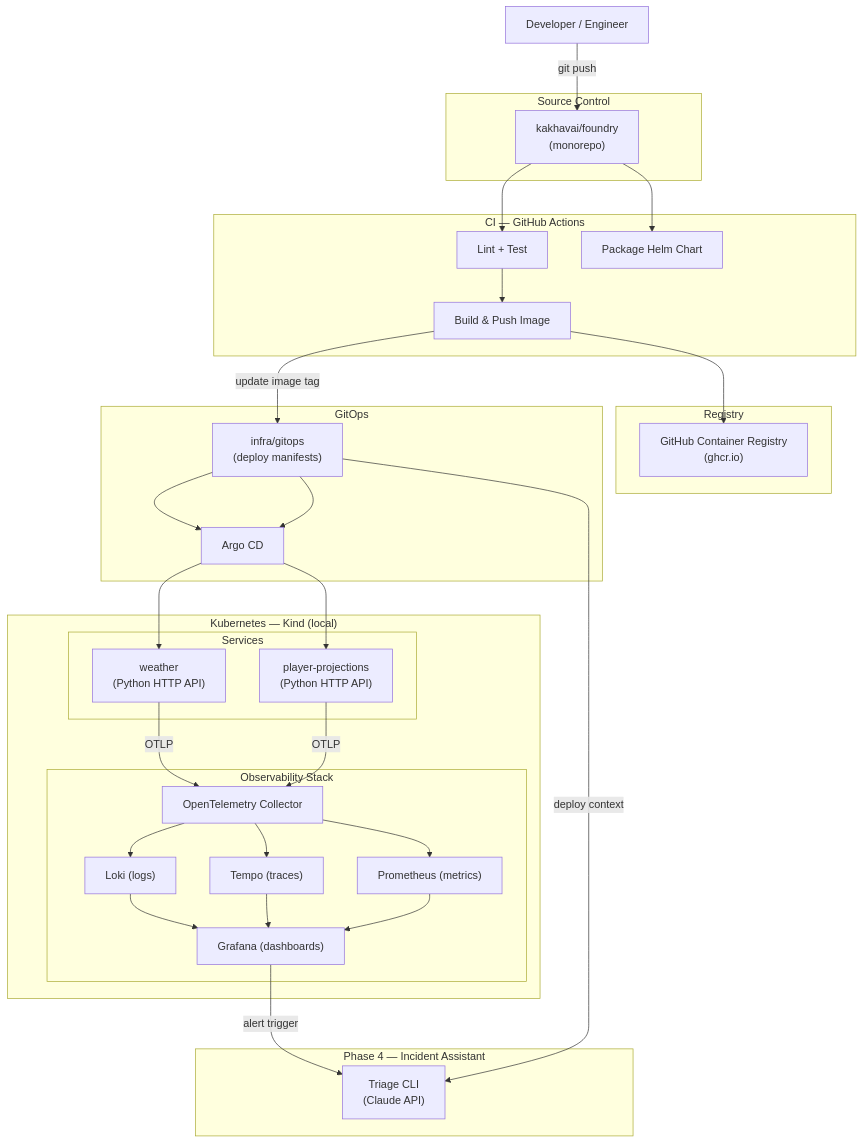
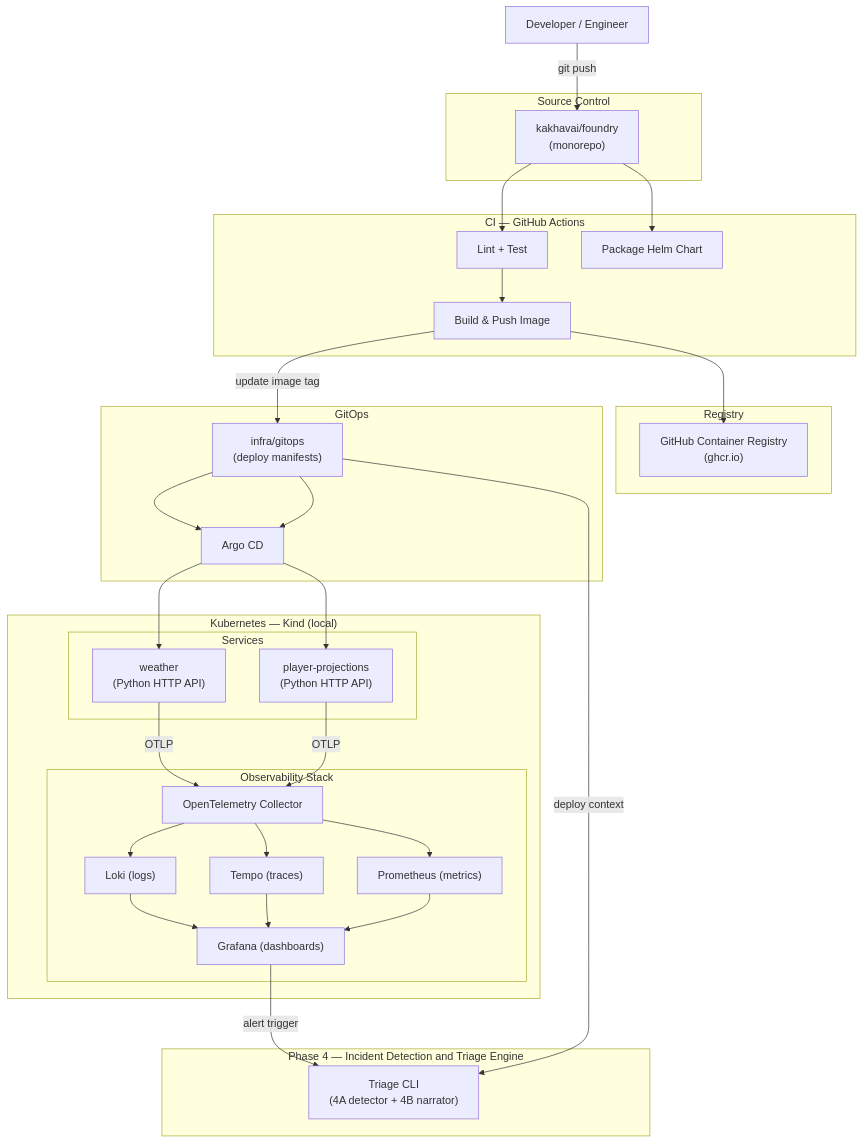
The diagram in docs/architecture/architecture-overview.md (kakhavai/foundry), drawn with Mermaid before and after one commit. The commit also changed other lines of this file and 6 other files, not shown here.

First line of the commit message:
docs: rewrite Phase 4 as Incident Detection and Triage Engine (4A/4B)

````diff
--- a/docs/architecture/architecture-overview.md
+++ b/docs/architecture/architecture-overview.md
@@ -9,60 +9,60 @@
 ```mermaid
 graph TD
     Dev["Developer / Engineer"]
 
     subgraph "Source Control"
         SvcRepo["kakhavai/foundry\n(monorepo)"]
     end
 
     subgraph "CI — GitHub Actions"
         Lint["Lint + Test"]
         Build["Build & Push Image"]
         HelmPkg["Package Helm Chart"]
     end
 
     subgraph "Registry"
         GHCR["GitHub Container Registry\n(ghcr.io)"]
     end
 
     subgraph "GitOps"
         GitOpsRepo["infra/gitops\n(deploy manifests)"]
         Argo["Argo CD"]
     end
 
     subgraph "Kubernetes — Kind (local)"
         subgraph "Services"
             Weather["weather\n(Python HTTP API)"]
             PlayerProjections["player-projections\n(Python HTTP API)"]
         end
         subgraph "Observability Stack"
             OTelCol["OpenTelemetry Collector"]
             Loki["Loki (logs)"]
             Tempo["Tempo (traces)"]
             Prom["Prometheus (metrics)"]
             Grafana["Grafana (dashboards)"]
         end
     end
 
-    subgraph "Phase 4 — Incident Assistant"
-        Assistant["Triage CLI\n(Claude API)"]
+    subgraph "Phase 4 — Incident Detection and Triage Engine"
+        Assistant["Triage CLI\n(4A detector + 4B narrator)"]
     end
 
     Dev -->|"git push"| SvcRepo
     SvcRepo --> Lint --> Build --> GHCR
     SvcRepo --> HelmPkg
     Build -->|"update image tag"| GitOpsRepo
     GitOpsRepo --> Argo --> Weather
     GitOpsRepo --> Argo --> PlayerProjections
 
     Weather -->|"OTLP"| OTelCol
     PlayerProjections -->|"OTLP"| OTelCol
     OTelCol --> Loki
     OTelCol --> Tempo
     OTelCol --> Prom
     Loki --> Grafana
     Tempo --> Grafana
     Prom --> Grafana
 
     Grafana -->|"alert trigger"| Assistant
     GitOpsRepo -->|"deploy context"| Assistant
 ```
````
